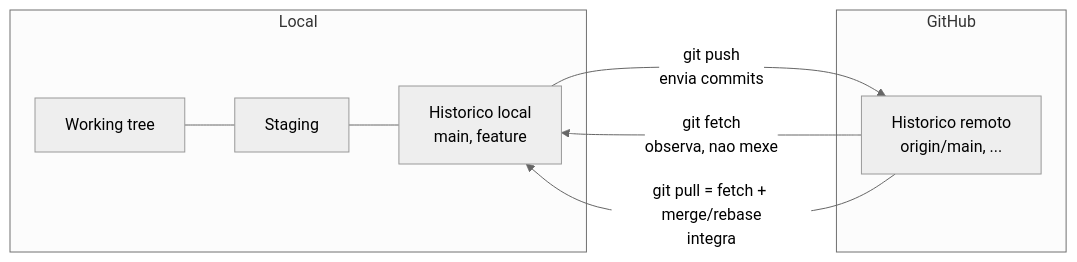
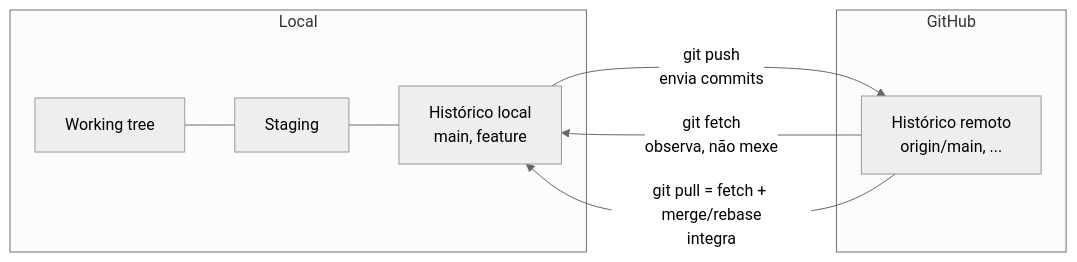
One commit to BerniloBernardo-boot/Git-e-GitHub changed the first of 2 diagrams in 05-GitHub-e-Repositorios/01-repositorios-remotes-tags.md. Above: the diagram before and after it, drawn with Mermaid (neutral theme). The commit also changed other lines of this file and 13 other files, not shown here.

Commit message:
docs: traduz elementos explicativos dos diagramas para PT-PT

````diff
--- a/05-GitHub-e-Repositorios/01-repositorios-remotes-tags.md
+++ b/05-GitHub-e-Repositorios/01-repositorios-remotes-tags.md
@@ -12,12 +12,12 @@
 ```mermaid
 flowchart LR
     subgraph Local
-    W["Working tree"] --- S["Staging"] --- H["Historico local<br/>main, feature"]
+    W["Working tree"] --- S["Staging"] --- H["Histórico local<br/>main, feature"]
     end
     subgraph GitHub
-    R["Historico remoto<br/>origin/main, ..."]
+    R["Histórico remoto<br/>origin/main, ..."]
     end
     H -->|"git push<br/>envia commits"| R
-    R -->|"git fetch<br/>observa, nao mexe"| H
+    R -->|"git fetch<br/>observa, não mexe"| H
     R -->|"git pull = fetch + merge/rebase<br/>integra"| H
 ```
````
